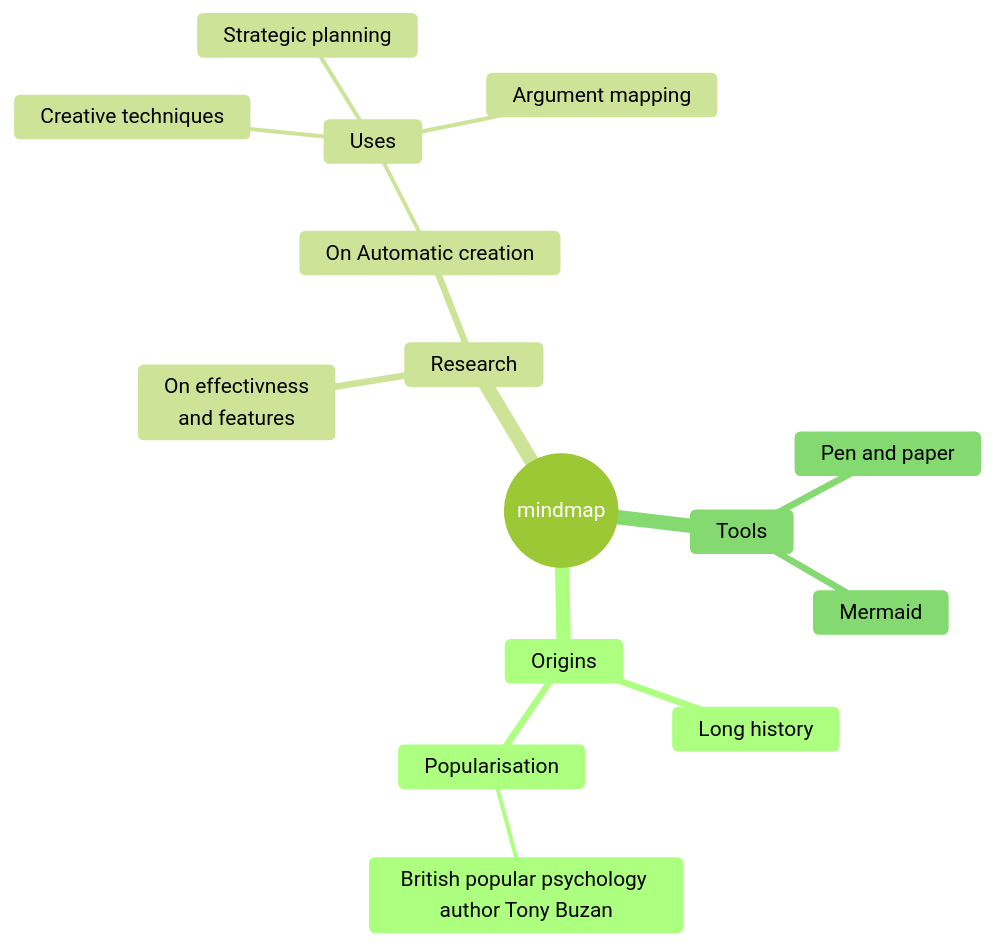
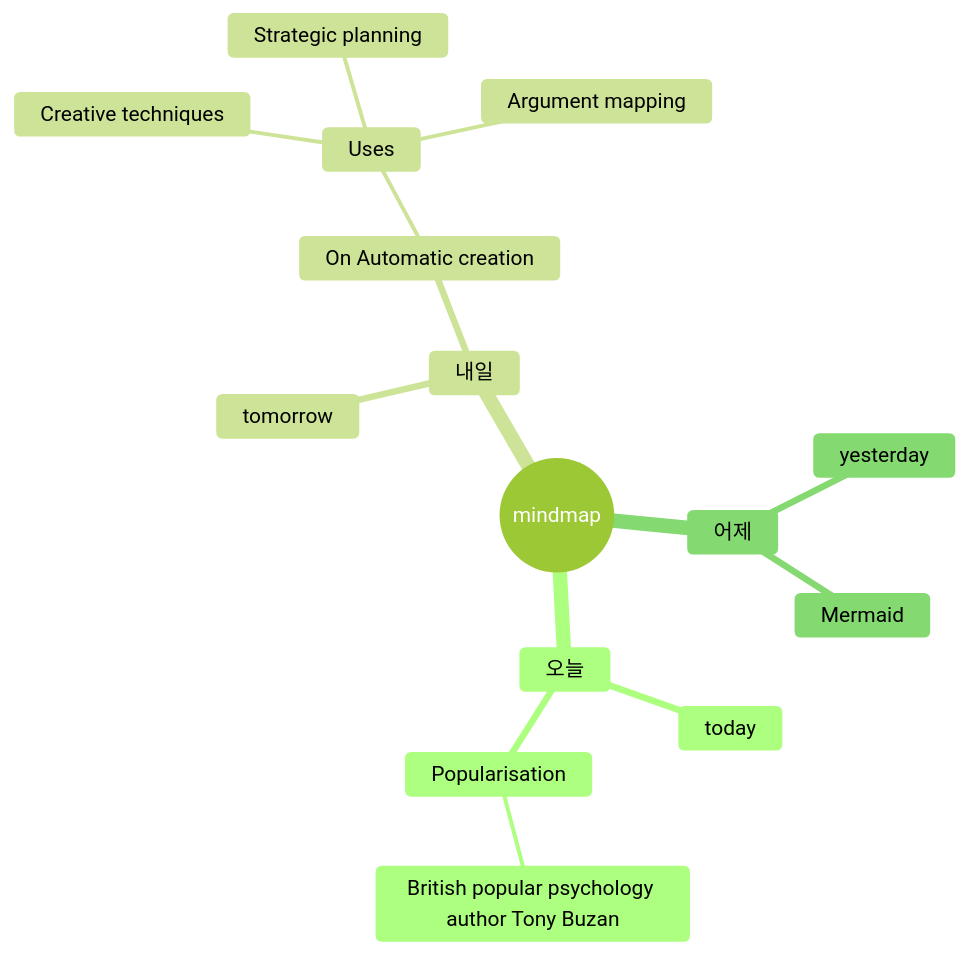
Before and after one commit to MiaHub/Korean: the diagram in _posts/2020-04-02-example-content.md, drawn with Mermaid (forest theme). The commit also changed 4 other files, not shown here.

```diff
--- a/_posts/2020-04-02-example-content.md
+++ b/_posts/2020-04-02-example-content.md
@@ -11,19 +11,19 @@
 <pre class="mermaid">
 mindmap
   root((mindmap))
-    Origins
-      Long history
+    오늘
+      today
       ::icon(fa fa-book)
       Popularisation
         British popular psychology author Tony Buzan
-    Research
-      On effectivness<br/>and features
+    내일
+      tomorrow
       On Automatic creation
         Uses
             Creative techniques
             Strategic planning
             Argument mapping
-    Tools
-      Pen and paper
+    어제
+      yesterday
       Mermaid
 </pre>
```
